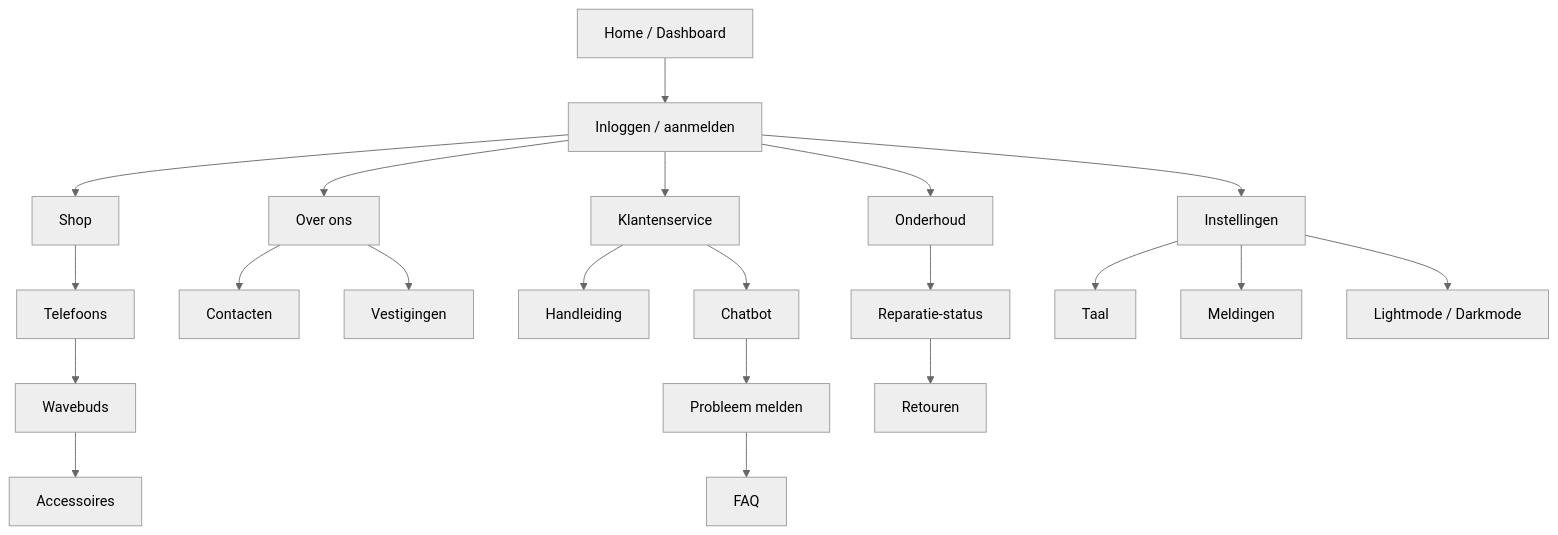
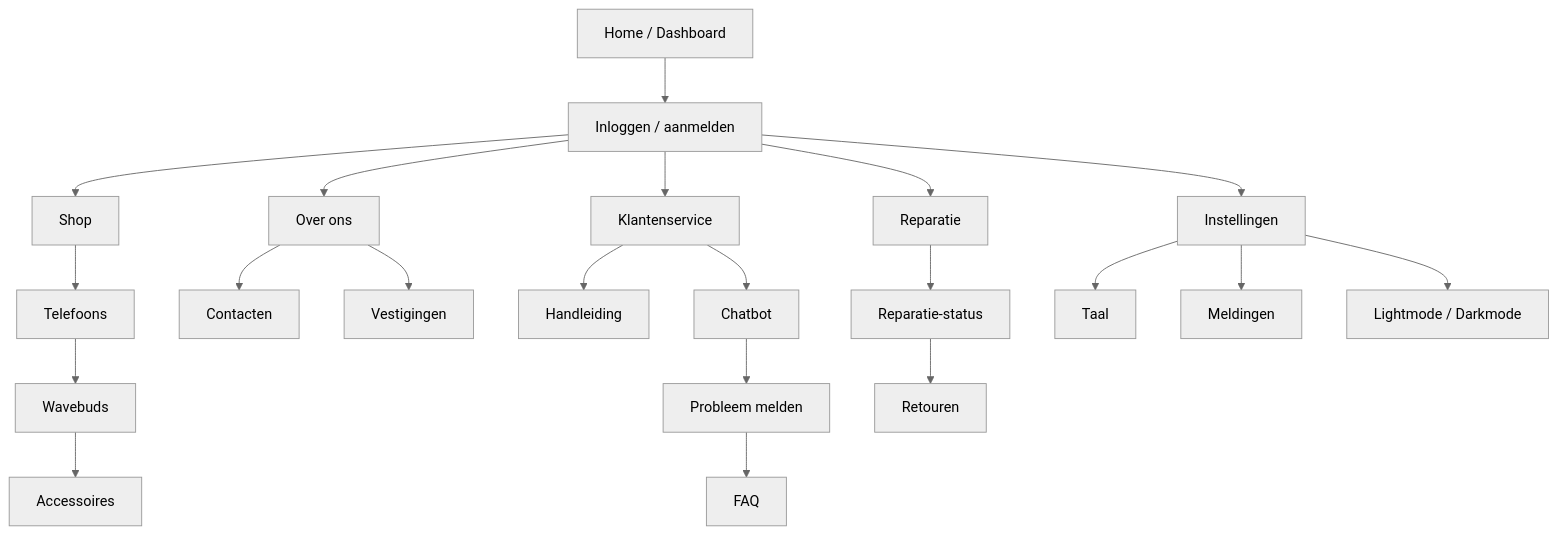
Before and after one commit to JasonTomeij/NetWave: the fourth of 4 diagrams in Introductie.MD, drawn with Mermaid (neutral theme).

````diff
--- a/Introductie.MD
+++ b/Introductie.MD
@@ -583,39 +583,39 @@
 ```mermaid
 graph TD
     A[Home / Dashboard] --> A1[Inloggen / aanmelden]
 
     %% Verbindingen vanaf inloggen
     A1 --> B[Shop]
     A1 --> C[Over ons]
     A1 --> D[Klantenservice]
-    A1 --> E[Onderhoud]
+    A1 --> E[Reparatie]
     A1 --> F[Instellingen]
 
     %% Shop sectie
     B --> B1[Telefoons]
     B1 --> B2[Wavebuds]
     B2 --> B3[Accessoires]
 
     %% Over ons sectie
     C --> C1[Contacten]
     C --> C2[Vestigingen]
 
     %% Klantenservice sectie
     D --> D1[Handleiding]
     D --> D2[Chatbot]
     D2 --> D3[Probleem melden]
     D3 --> D4[FAQ]
 
     %% Reparatie sectie
     E --> E1[Reparatie-status]
     E1 --> E2[Retouren]
 
     %% Instellingen sectie
     F --> F1[Taal]
     F --> F2[Meldingen]
     F --> F3[Lightmode / Darkmode]
 
 
 
 
 ```
````
